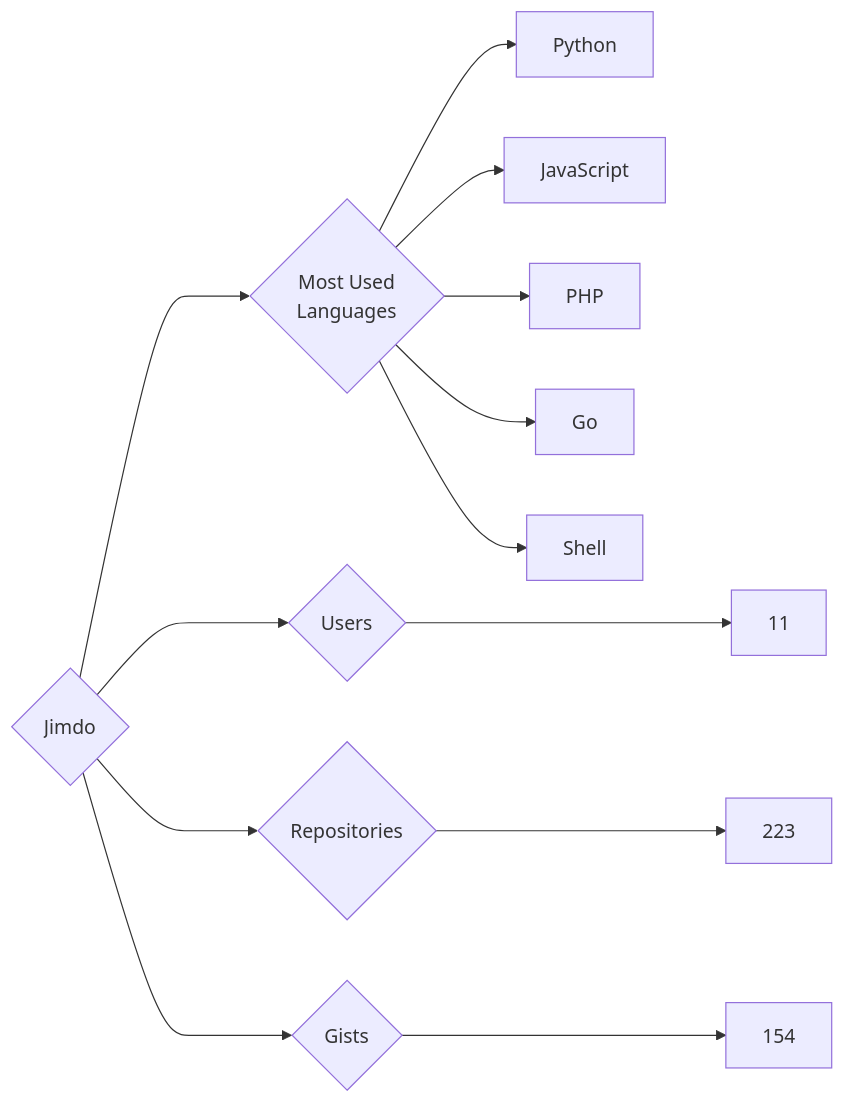
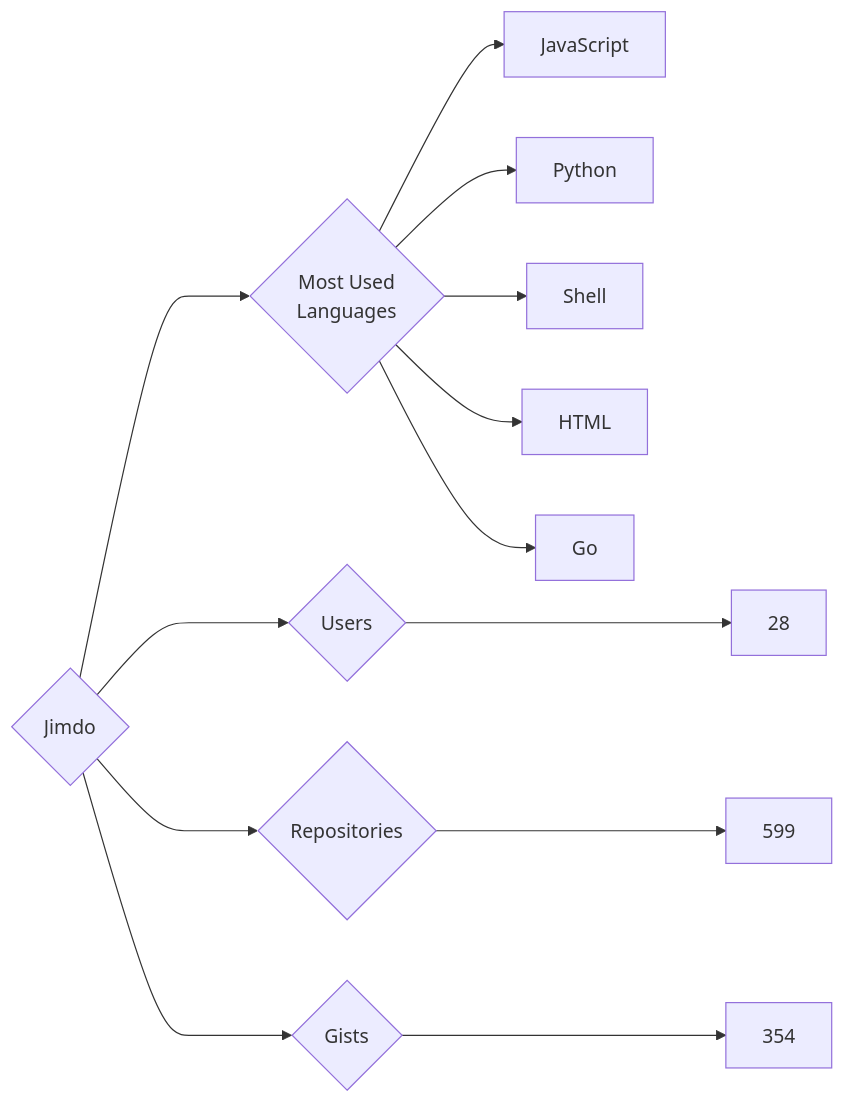
Before and after one commit to trickest/insiders: the diagram in targets/Jimdo/README.md, drawn with Mermaid. The commit also changed 786 other files, not shown here.

````diff
--- a/targets/Jimdo/README.md
+++ b/targets/Jimdo/README.md
@@ -3,13 +3,13 @@
 ```mermaid
 graph LR
 COMPANY_NAME{Jimdo}
-COMPANY_NAME ---> U{Users} ---> UN[11]
-COMPANY_NAME ---> R{Repositories} ---> RN[223]
-COMPANY_NAME ---> G{Gists} ---> GN[154]
+COMPANY_NAME ---> U{Users} ---> UN[28]
+COMPANY_NAME ---> R{Repositories} ---> RN[599]
+COMPANY_NAME ---> G{Gists} ---> GN[354]
 COMPANY_NAME ---> ML{Most Used<br>Languages}
+ML --> JavaScript[JavaScript]
 ML --> Python[Python]
-ML --> JavaScript[JavaScript]
-ML --> PHP[PHP]
+ML --> Shell[Shell]
+ML --> HTML[HTML]
 ML --> Go[Go]
-ML --> Shell[Shell]
 ```
````
